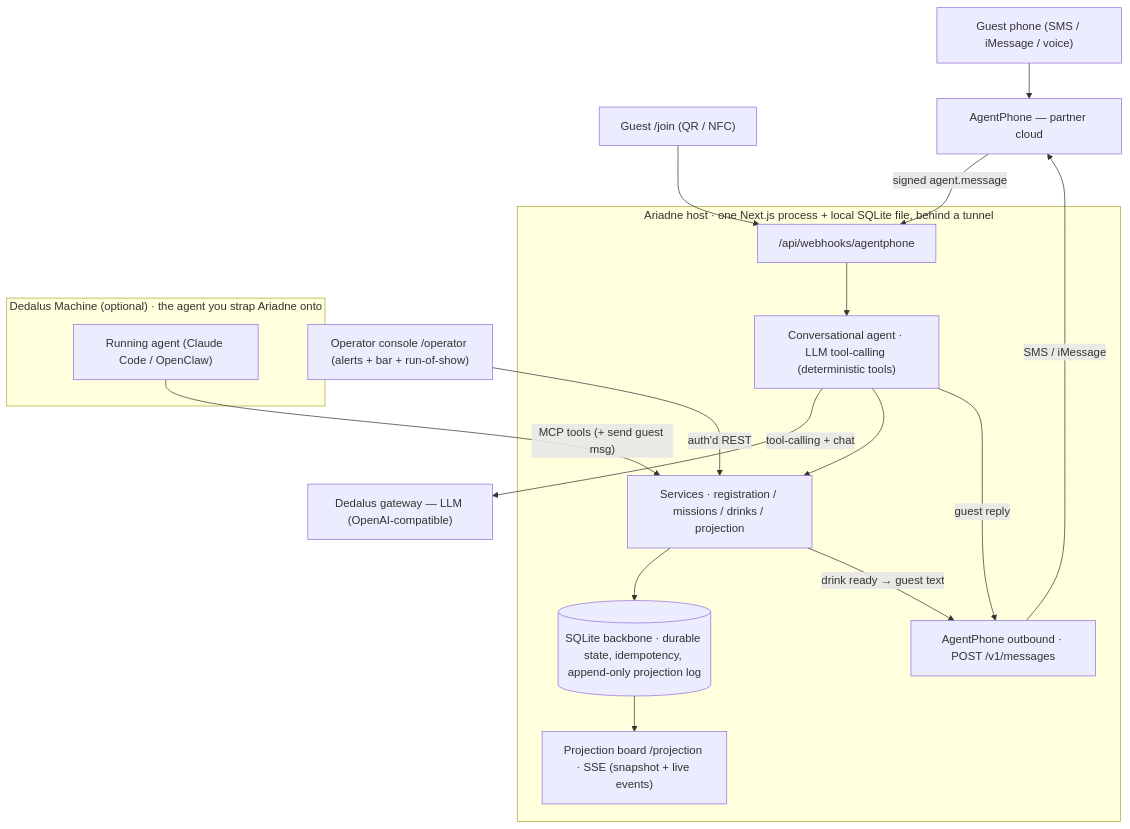
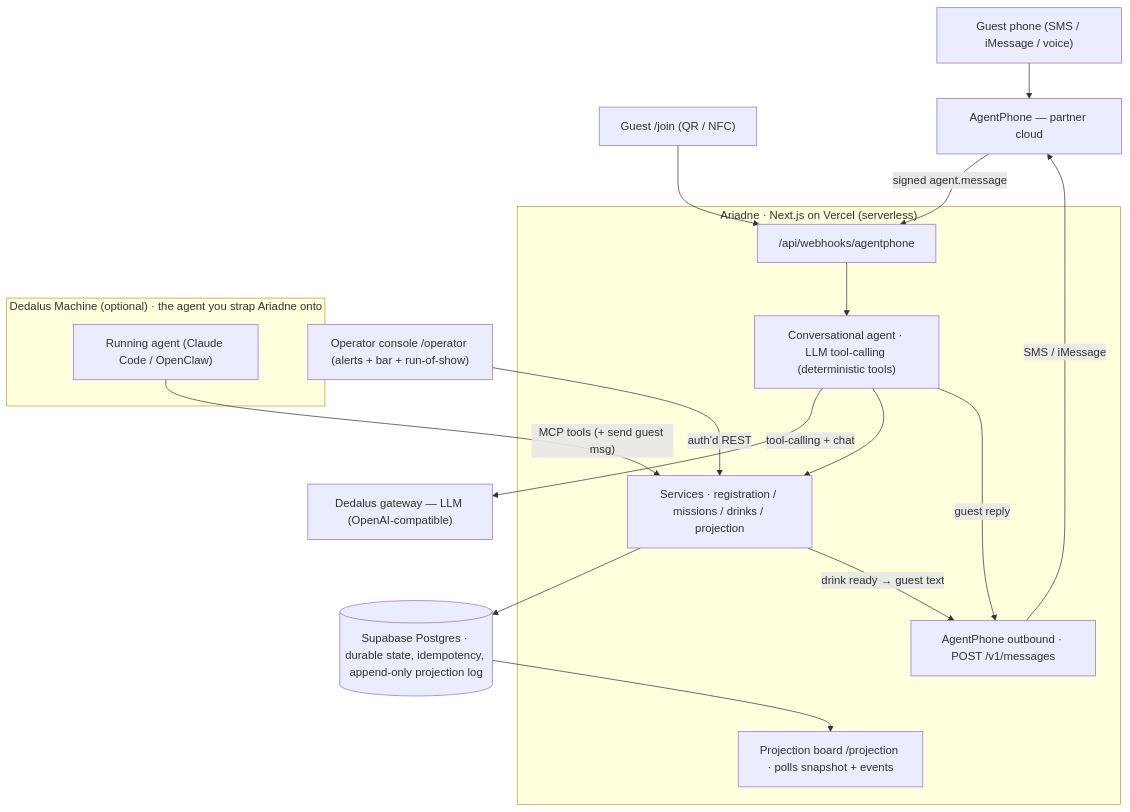
One commit to Kevin-Liu-01/Ariadne changed the diagram in README.md. Above: the diagram before and after it, drawn with Mermaid. The commit also changed other lines of this file and 54 other files, not shown here.

First line of the commit message:
refactor(db): migrate backbone from SQLite to Supabase Postgres

````diff
--- a/README.md
+++ b/README.md
@@ -45,35 +45,36 @@
 ```mermaid
 flowchart TD
   guest["Guest phone (SMS / iMessage / voice)"]
   join["Guest /join (QR / NFC)"]
   ap["AgentPhone — partner cloud"]
   op["Operator console /operator (alerts + bar + run-of-show)"]
   gw["Dedalus gateway — LLM (OpenAI-compatible)"]
 
-  subgraph host["Ariadne host · one Next.js process + local SQLite file, behind a tunnel"]
+  subgraph host["Ariadne · Next.js on Vercel (serverless)"]
     wh["/api/webhooks/agentphone"]
     brain["Conversational agent · LLM tool-calling (deterministic tools)"]
     svc["Services · registration / missions / drinks / projection"]
-    db[("SQLite backbone · durable state, idempotency, append-only projection log")]
     out["AgentPhone outbound · POST /v1/messages"]
-    proj["Projection board /projection · SSE (snapshot + live events)"]
+    proj["Projection board /projection · polls snapshot + events"]
   end
+
+  db[("Supabase Postgres · durable state, idempotency, append-only projection log")]
 
   subgraph dm["Dedalus Machine (optional) · the agent you strap Ariadne onto"]
     agent["Running agent (Claude Code / OpenClaw)"]
   end
 
   guest --> ap
   join --> wh
   ap -- "signed agent.message" --> wh
   wh --> brain
   brain -- "tool-calling + chat" --> gw
   brain --> svc
   svc --> db
   brain -- "guest reply" --> out
   svc -- "drink ready → guest text" --> out
   out -- "SMS / iMessage" --> ap
   op -- "auth'd REST" --> svc
   agent -- "MCP tools (+ send guest msg)" --> svc
   db --> proj
 ```
````
